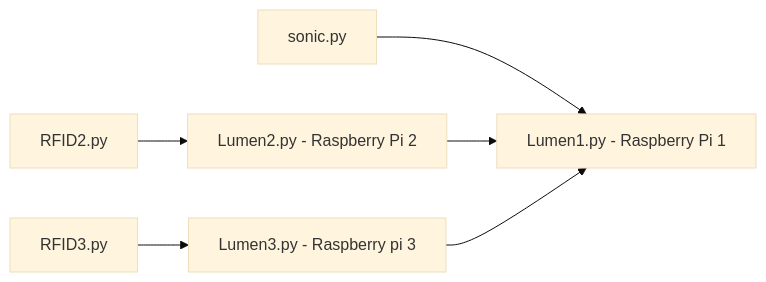
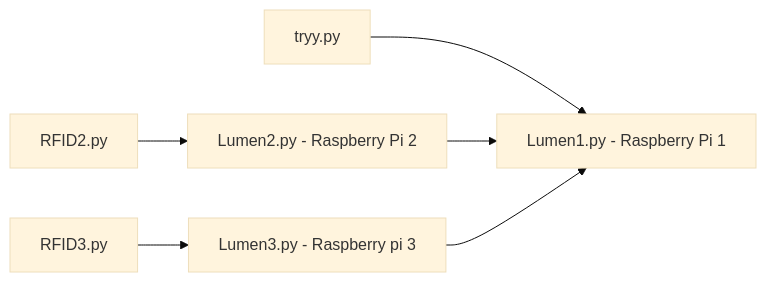
Before and after one commit to timsjt/EGL314_TEAMB: the second of 2 diagrams in README.md, drawn with Mermaid (base theme). The commit also changed other lines of this file, not shown here.

````diff
--- a/README.md
+++ b/README.md
@@ -87,13 +87,12 @@
 ```mermaid
 graph LR
 
-B[sonic.py]-->A[Lumen1.py - Raspberry Pi 1]
-
+B[tryy.py]-->A[Lumen1.py - Raspberry Pi 1]
 C[Lumen2.py - Raspberry Pi 2]-->A[Lumen1.py - Raspberry Pi 1]
 D[RFID2.py] -->C[Lumen2.py - Raspberry Pi 2]
 F[RFID3.py] -->E[Lumen3.py - Raspberry Pi 3]
 E[Lumen3.py - Raspberry pi 3]-->A[Lumen1.py - Raspberry Pi 1]
 
 
 
 ```
````
